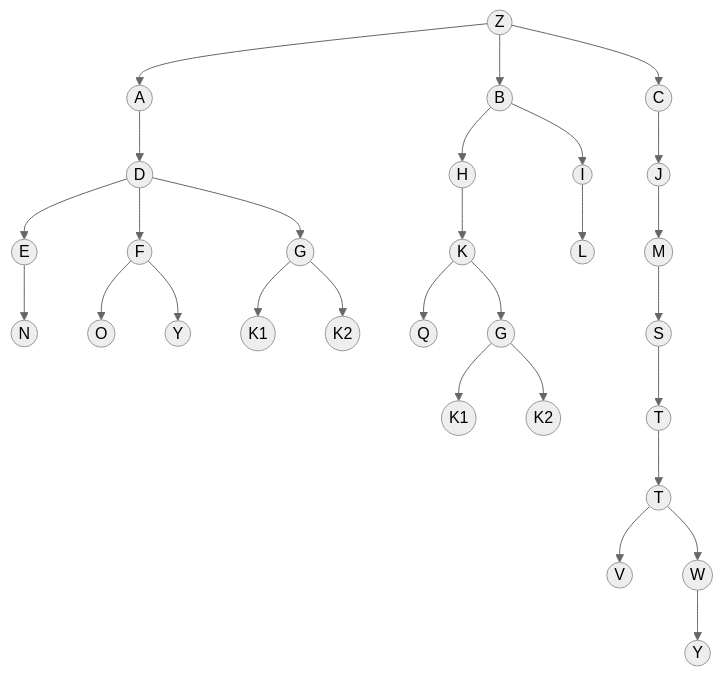
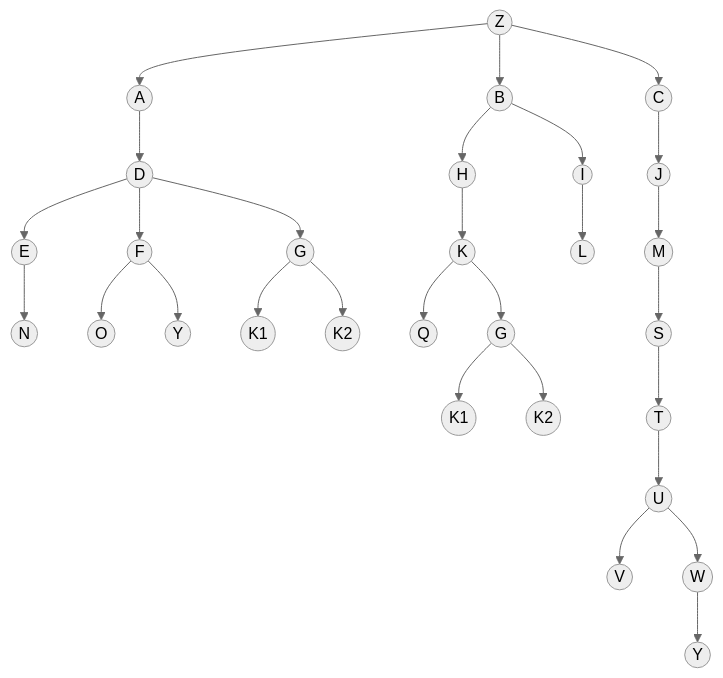
The diagram in README.md (saezlab/ontograph), drawn with Mermaid (neutral theme) before and after one commit. The commit also changed 1 other file, not shown here.

Commit message:
docs: add instructions for catalog and ontology clients (just navigation for now).

````diff
--- a/README.md
+++ b/README.md
@@ -70,41 +70,41 @@
 ```mermaid
 graph TB
     
     Z((Z)) --> A((A))
     Z((Z)) --> B((B))
     Z((Z)) --> C((C))
 
     A((A)) --> D((D))
     B((B)) --> H((H))
     B((B)) --> I((I))
     C((C)) --> J((J))
 
     D((D)) --> E((E))
     D((D)) --> F((F))
     D((D)) --> G((G))
     H((H)) --> K((K))
     I((I)) --> L((L))
     J((J)) --> M((M))
 
     E((E)) --> N((N))
     F((F)) --> O((O))
     F((F)) --> Y((Y))
     G((G)) --> K1((K1))
     G((G)) --> K2((K2))
     K((K)) --> Q((Q))
     K((K)) --> G1((G))
     M((M)) --> S((S))
 
     G1((G)) --> K11((K1))
     G1((G)) --> K21((K2))
     S((S)) --> T((T))
 
     T((T)) --> U((U))
     
     U((T)) --> V((V))
-    U((T)) --> W((W))
+    U((U)) --> W((W))
     
     W((W)) --> Y1((Y))
 
 
 ```
````
